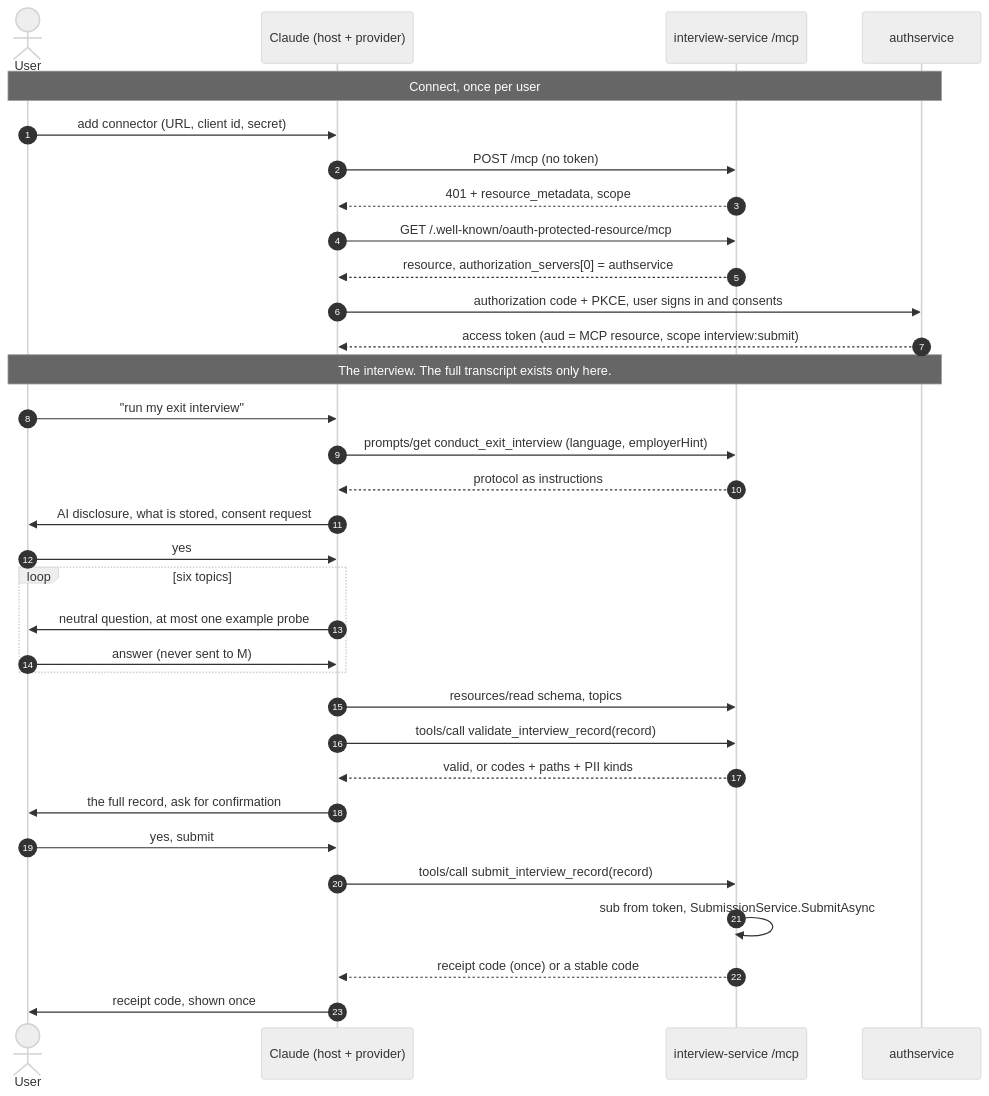
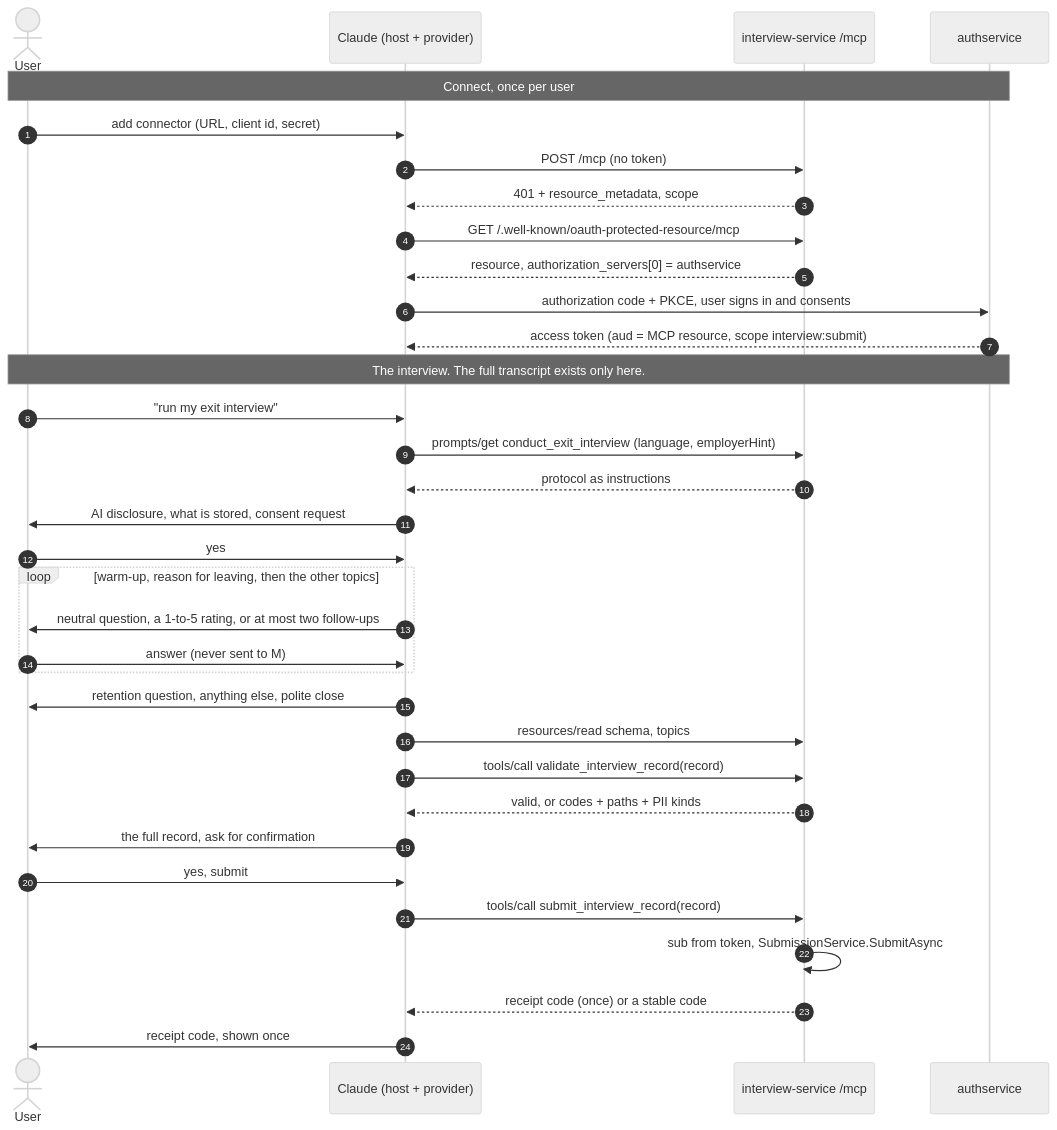
The diagram in docs/architecture/mcp.md (konradcinkusz/exit-interview-agent), drawn with Mermaid (neutral theme) before and after one commit. The commit also changed other lines of this file and 4 other files, not shown here.

First line of the commit message:
feat(mcp): align the MCP interview instructions with the 1.3 flow (WP8) (#80)

````diff
--- a/docs/architecture/mcp.md
+++ b/docs/architecture/mcp.md
@@ -19,37 +19,38 @@
 ```mermaid
 sequenceDiagram
     autonumber
     actor U as User
     participant C as Claude (host + provider)
     participant M as interview-service /mcp
     participant A as authservice
 
     Note over U,A: Connect, once per user
     U->>C: add connector (URL, client id, secret)
     C->>M: POST /mcp (no token)
     M-->>C: 401 + resource_metadata, scope
     C->>M: GET /.well-known/oauth-protected-resource/mcp
     M-->>C: resource, authorization_servers[0] = authservice
     C->>A: authorization code + PKCE, user signs in and consents
     A-->>C: access token (aud = MCP resource, scope interview:submit)
 
     Note over U,A: The interview. The full transcript exists only here.
     U->>C: "run my exit interview"
     C->>M: prompts/get conduct_exit_interview (language, employerHint)
     M-->>C: protocol as instructions
     C->>U: AI disclosure, what is stored, consent request
     U->>C: yes
-    loop six topics
-        C->>U: neutral question, at most one example probe
+    loop warm-up, reason for leaving, then the other topics
+        C->>U: neutral question, a 1-to-5 rating, or at most two follow-ups
         U->>C: answer (never sent to M)
     end
+    C->>U: retention question, anything else, polite close
     C->>M: resources/read schema, topics
     C->>M: tools/call validate_interview_record(record)
     M-->>C: valid, or codes + paths + PII kinds
     C->>U: the full record, ask for confirmation
     U->>C: yes, submit
     C->>M: tools/call submit_interview_record(record)
     M->>M: sub from token, SubmissionService.SubmitAsync
     M-->>C: receipt code (once) or a stable code
     C->>U: receipt code, shown once
 ```
````
